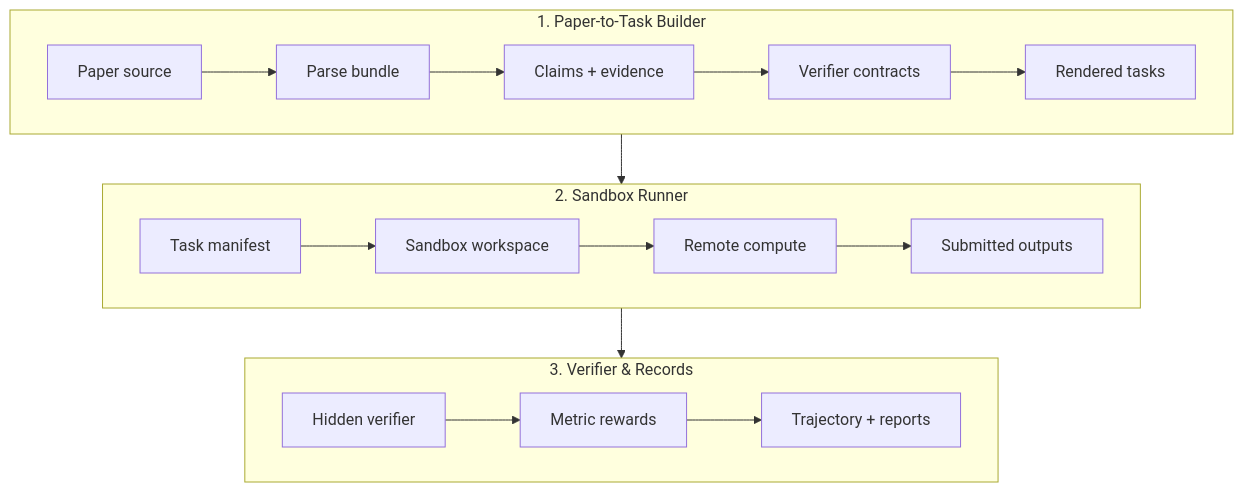
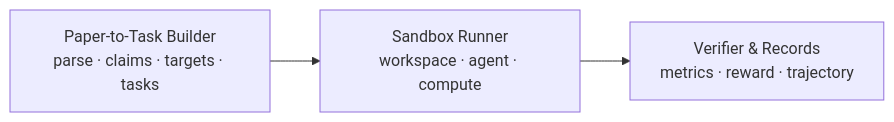
The diagram in README.md (Seauagain/ReproduceGym), drawn with Mermaid before and after one commit.

Commit message:
docs: compact README architecture diagram
Collapse the architecture overview into three high-level modules so the README stays concise.

````diff
--- a/README.md
+++ b/README.md
@@ -42,20 +42,8 @@
 ```mermaid
-flowchart TB
-    subgraph Build["1. Paper-to-Task Builder"]
-        direction LR
-        A[Paper source] --> B[Parse bundle] --> C[Claims + evidence] --> D[Verifier contracts] --> E[Rendered tasks]
-    end
+flowchart LR
+    A["Paper-to-Task Builder<br/>parse · claims · targets · tasks"]
+    B["Sandbox Runner<br/>workspace · agent · compute"]
+    C["Verifier & Records<br/>metrics · reward · trajectory"]
 
-    subgraph Run["2. Sandbox Runner"]
-        direction LR
-        F[Task manifest] --> G[Sandbox workspace] --> H[Remote compute] --> I[Submitted outputs]
-    end
-
-    subgraph Verify["3. Verifier & Records"]
-        direction LR
-        J[Hidden verifier] --> K[Metric rewards] --> L[Trajectory + reports]
-    end
-
-    E --> F
-    I --> J
+    A --> B --> C
 ```
````
